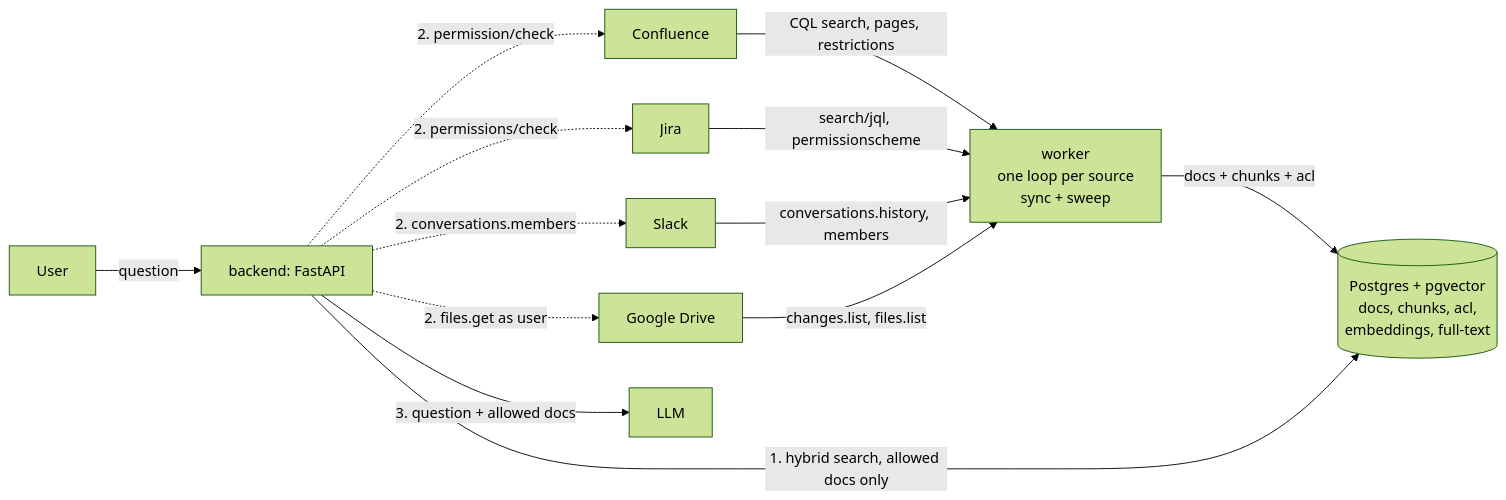
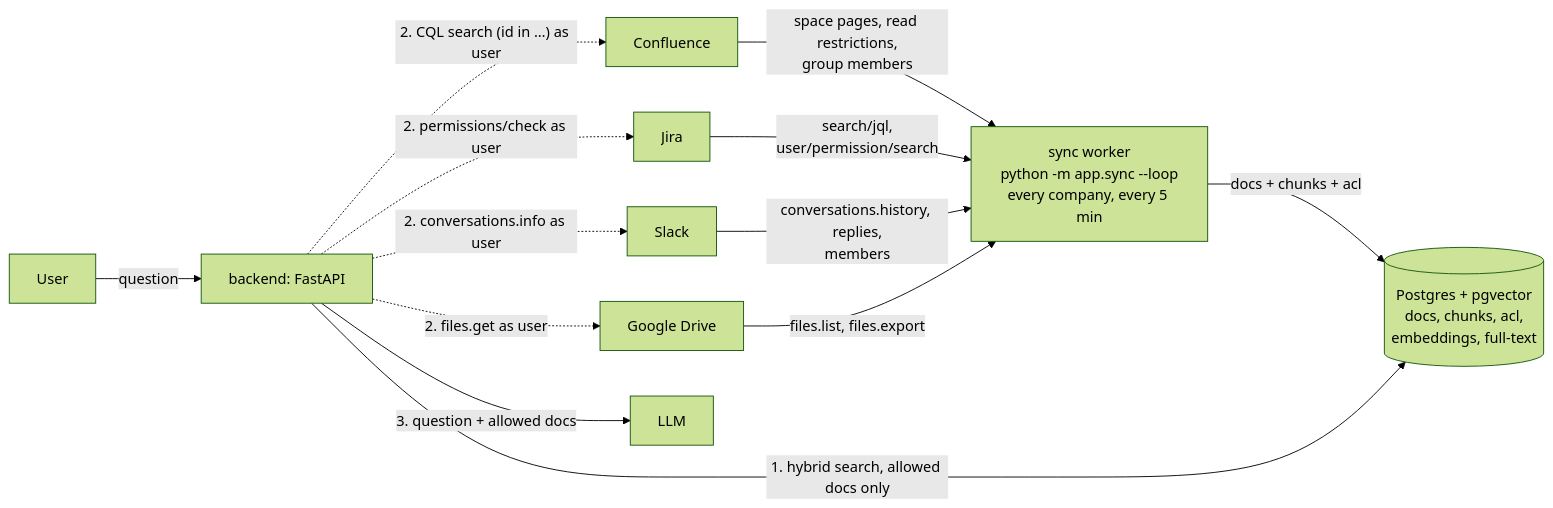
The diagram in docs/architecture/CONNECTORS_ARCHITECTURE.md (gabriel-wan/tencent-hackathon-fintech), drawn with Mermaid (forest theme) before and after one commit. The commit also changed other lines of this file and 5 other files, not shown here.

````diff
--- a/docs/architecture/CONNECTORS_ARCHITECTURE.md
+++ b/docs/architecture/CONNECTORS_ARCHITECTURE.md
@@ -5,27 +5,27 @@
 ```mermaid
 flowchart LR
     CF["Confluence"]
     JI["Jira"]
     SL["Slack"]
     GD["Google Drive"]
 
-    W["worker<br/>one loop per source<br/>sync + sweep"]
+    W["sync worker<br/>python -m app.sync --loop<br/>every company, every 5 min"]
     DB[("Postgres + pgvector<br/>docs, chunks, acl,<br/>embeddings, full-text")]
     API["backend: FastAPI"]
     U["User"]
     LLM["LLM"]
 
-    CF -->|"CQL search, pages, restrictions"| W
-    JI -->|"search/jql, permissionscheme"| W
-    SL -->|"conversations.history, members"| W
-    GD -->|"changes.list, files.list"| W
+    CF -->|"space pages, read restrictions,<br/>group members"| W
+    JI -->|"search/jql,<br/>user/permission/search"| W
+    SL -->|"conversations.history, replies,<br/>members"| W
+    GD -->|"files.list, files.export"| W
     W -->|"docs + chunks + acl"| DB
 
     U -->|"question"| API
     API -->|"1. hybrid search, allowed docs only"| DB
-    API -.->|"2. permission/check"| CF
-    API -.->|"2. permissions/check"| JI
-    API -.->|"2. conversations.members"| SL
+    API -.->|"2. CQL search (id in …) as user"| CF
+    API -.->|"2. permissions/check as user"| JI
+    API -.->|"2. conversations.info as user"| SL
     API -.->|"2. files.get as user"| GD
     API -->|"3. question + allowed docs"| LLM
 ```
````
